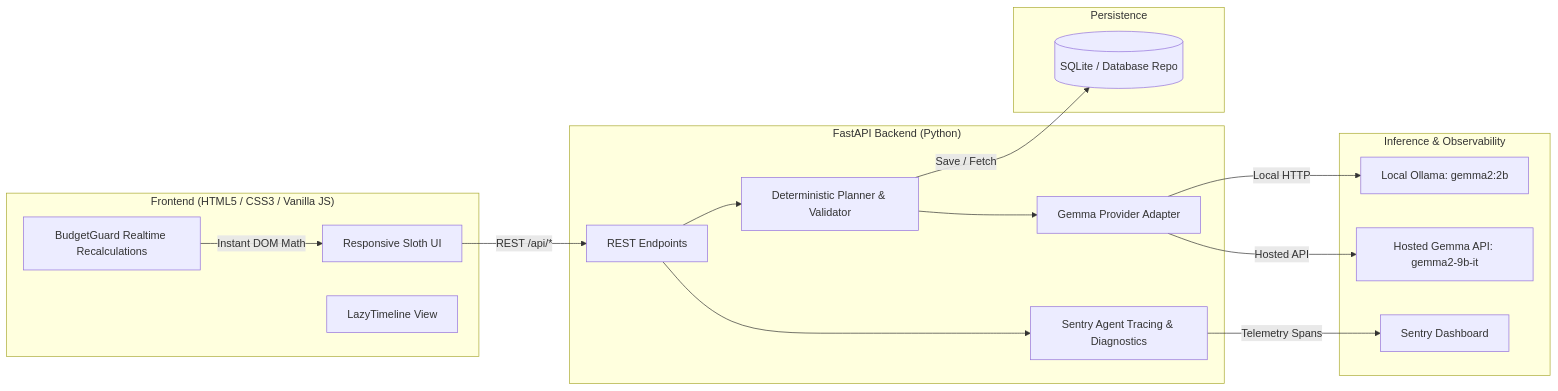
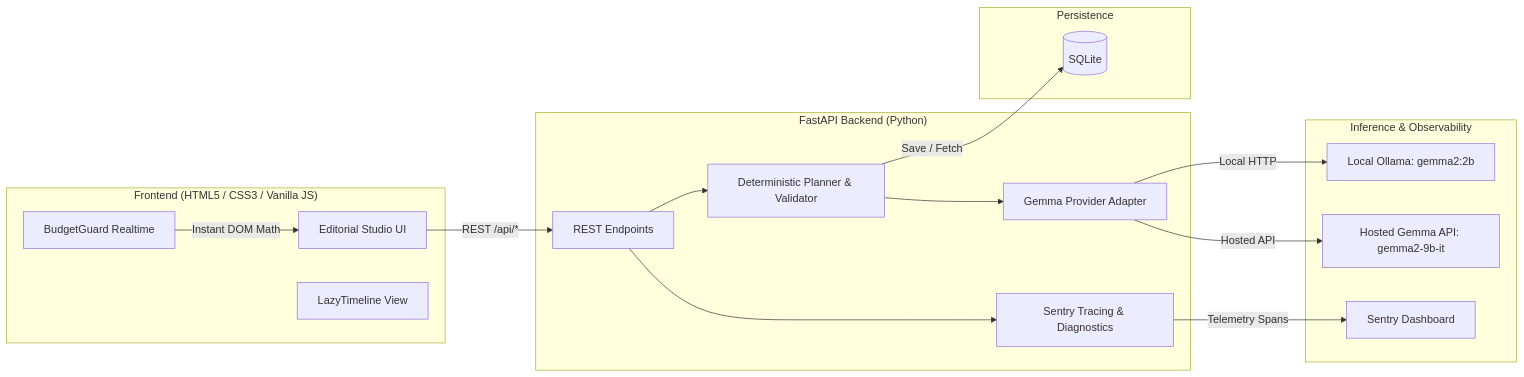
Before and after one commit to riyanshika7/EVENTPILOT: the diagram in README.md, drawn with Mermaid. The commit also changed other lines of this file and 5 other files, not shown here.

````diff
--- a/README.md
+++ b/README.md
@@ -41,35 +56,35 @@
 ```mermaid
 graph LR
     subgraph Frontend ["Frontend (HTML5 / CSS3 / Vanilla JS)"]
-        UI[Responsive Sloth UI]
-        BG[BudgetGuard Realtime Recalculations]
+        UI[Editorial Studio UI]
+        BG[BudgetGuard Realtime]
         TL[LazyTimeline View]
     end
 
     subgraph Backend ["FastAPI Backend (Python)"]
         API[REST Endpoints]
         Planner[Deterministic Planner & Validator]
         AIService[Gemma Provider Adapter]
-        Obs[Sentry Agent Tracing & Diagnostics]
+        Obs[Sentry Tracing & Diagnostics]
     end
 
     subgraph External ["Inference & Observability"]
         GemmaLocal[Local Ollama: gemma2:2b]
         GemmaHosted[Hosted Gemma API: gemma2-9b-it]
         SentryCloud[Sentry Dashboard]
     end
 
     subgraph Storage ["Persistence"]
-        DB[(SQLite / Database Repo)]
+        DB[(SQLite)]
     end
 
     UI -->|REST /api/*| API
     API --> Obs
     Obs -->|Telemetry Spans| SentryCloud
     API --> Planner
     Planner --> AIService
     AIService -->|Local HTTP| GemmaLocal
     AIService -->|Hosted API| GemmaHosted
     Planner -->|Save / Fetch| DB
     BG -->|Instant DOM Math| UI
 ```
````
